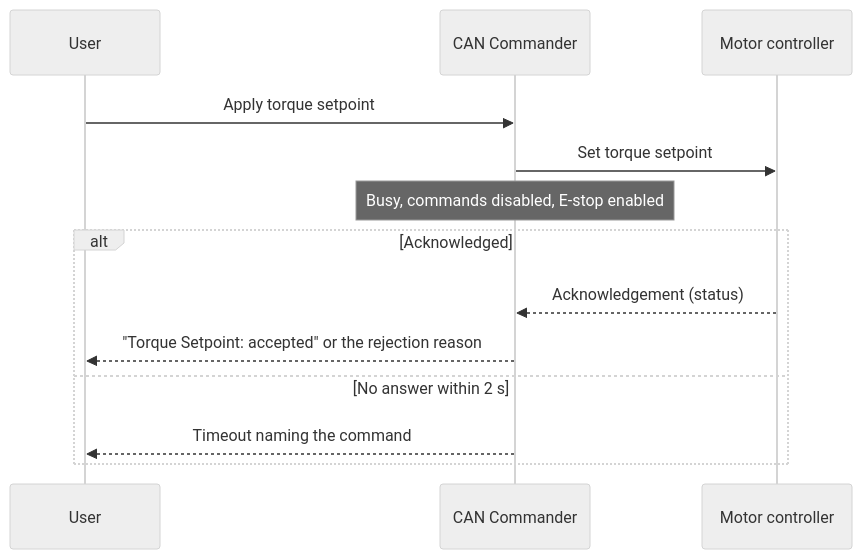
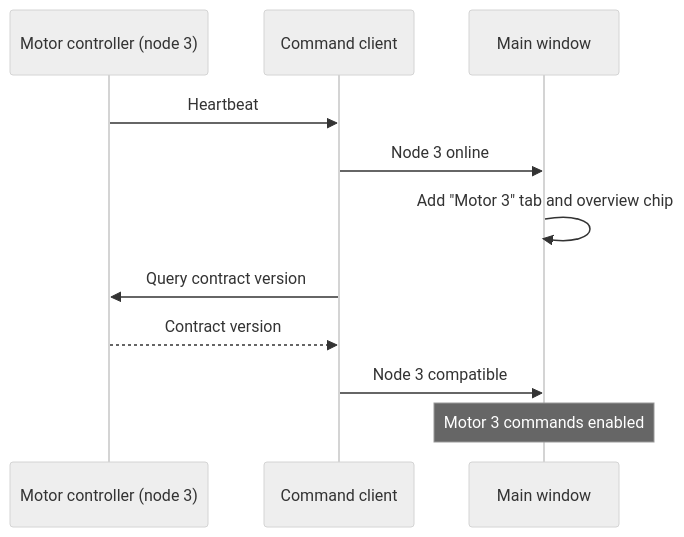
The fourth of 5 diagrams in documentation/design/tool-can-commander.md (embedded-pro/e-foc), drawn with Mermaid (neutral theme) before and after one commit. The commit also changed other lines of this file and 39 other files, not shown here.

First line of the commit message:
feat(can_commander): command several motors on one bus, one tab per node

````diff
--- a/documentation/design/tool-can-commander.md
+++ b/documentation/design/tool-can-commander.md
@@ -207,15 +254,13 @@
 ```mermaid
 sequenceDiagram
-    participant User
-    participant Tool as CAN Commander
-    participant Node as Motor controller
-    User->>Tool: Apply torque setpoint
-    Tool->>Node: Set torque setpoint
-    Note over Tool: Busy, commands disabled, E-stop enabled
-    alt Acknowledged
-        Node-->>Tool: Acknowledgement (status)
-        Tool-->>User: "Torque Setpoint: accepted" or the rejection reason
-    else No answer within 2 s
-        Tool-->>User: Timeout naming the command
-    end
+    participant Node as Motor controller (node 3)
+    participant Client as Command client
+    participant Window as Main window
+    Node->>Client: Heartbeat
+    Client->>Window: Node 3 online
+    Window->>Window: Add "Motor 3" tab and overview chip
+    Client->>Node: Query contract version
+    Node-->>Client: Contract version
+    Client->>Window: Node 3 compatible
+    Note over Window: Motor 3 commands enabled
 ```
````
